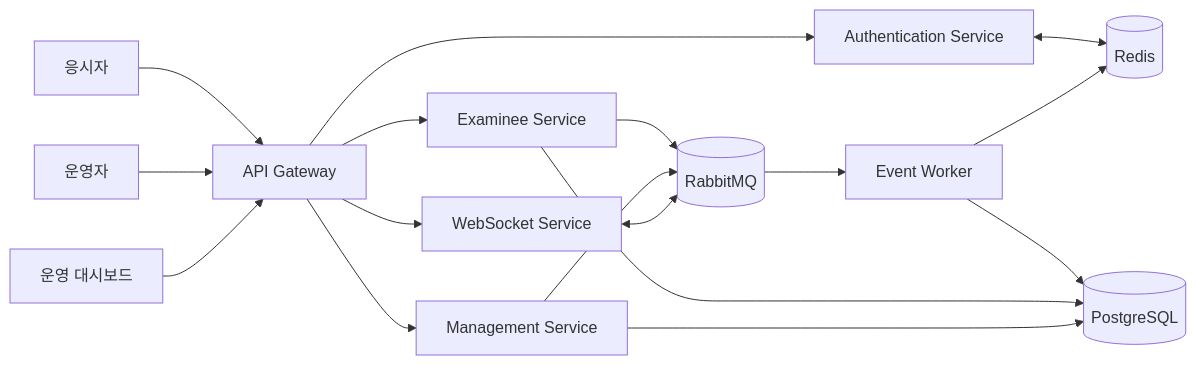
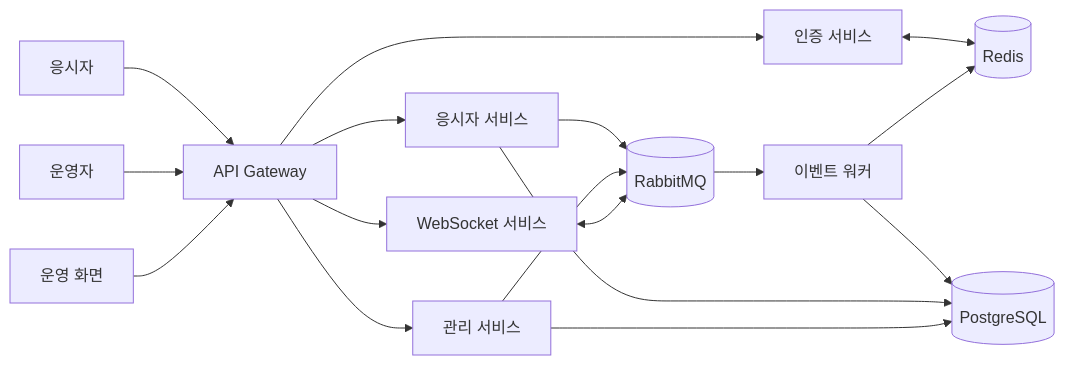
One commit to jeon97/iosys_realtime_assessment_platform changed the diagram in README.md. Above: the diagram before and after it, drawn with Mermaid. The commit also changed other lines of this file and 4 other files, not shown here.

````diff
--- a/README.md
+++ b/README.md
@@ -17,36 +15,36 @@
 ```mermaid
 flowchart LR
     Examinee[응시자]
     Operator[운영자]
-    AdminUI[운영 대시보드]
+    Dashboard[운영 화면]
 
     Gateway[API Gateway]
-    Auth[Authentication Service]
-    Exam[Examinee Service]
-    Manager[Management Service]
-    Socket[WebSocket Service]
-    Worker[Event Worker]
+    Auth[인증 서비스]
+    Exam[응시자 서비스]
+    Manager[관리 서비스]
+    Socket[WebSocket 서비스]
+    Worker[이벤트 워커]
 
     MQ[(RabbitMQ)]
-    Cache[(Redis)]
+    Redis[(Redis)]
     DB[(PostgreSQL)]
 
     Examinee --> Gateway
     Operator --> Gateway
-    AdminUI --> Gateway
+    Dashboard --> Gateway
 
     Gateway --> Auth
     Gateway --> Exam
     Gateway --> Manager
     Gateway --> Socket
 
-    Auth <--> Cache
+    Auth <--> Redis
     Exam --> MQ
     Manager --> MQ
     Socket <--> MQ
     MQ --> Worker
-    Worker --> Cache
+    Worker --> Redis
     Worker --> DB
     Exam --> DB
     Manager --> DB
 ```
````
